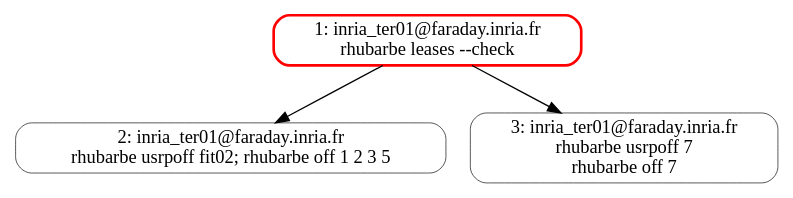
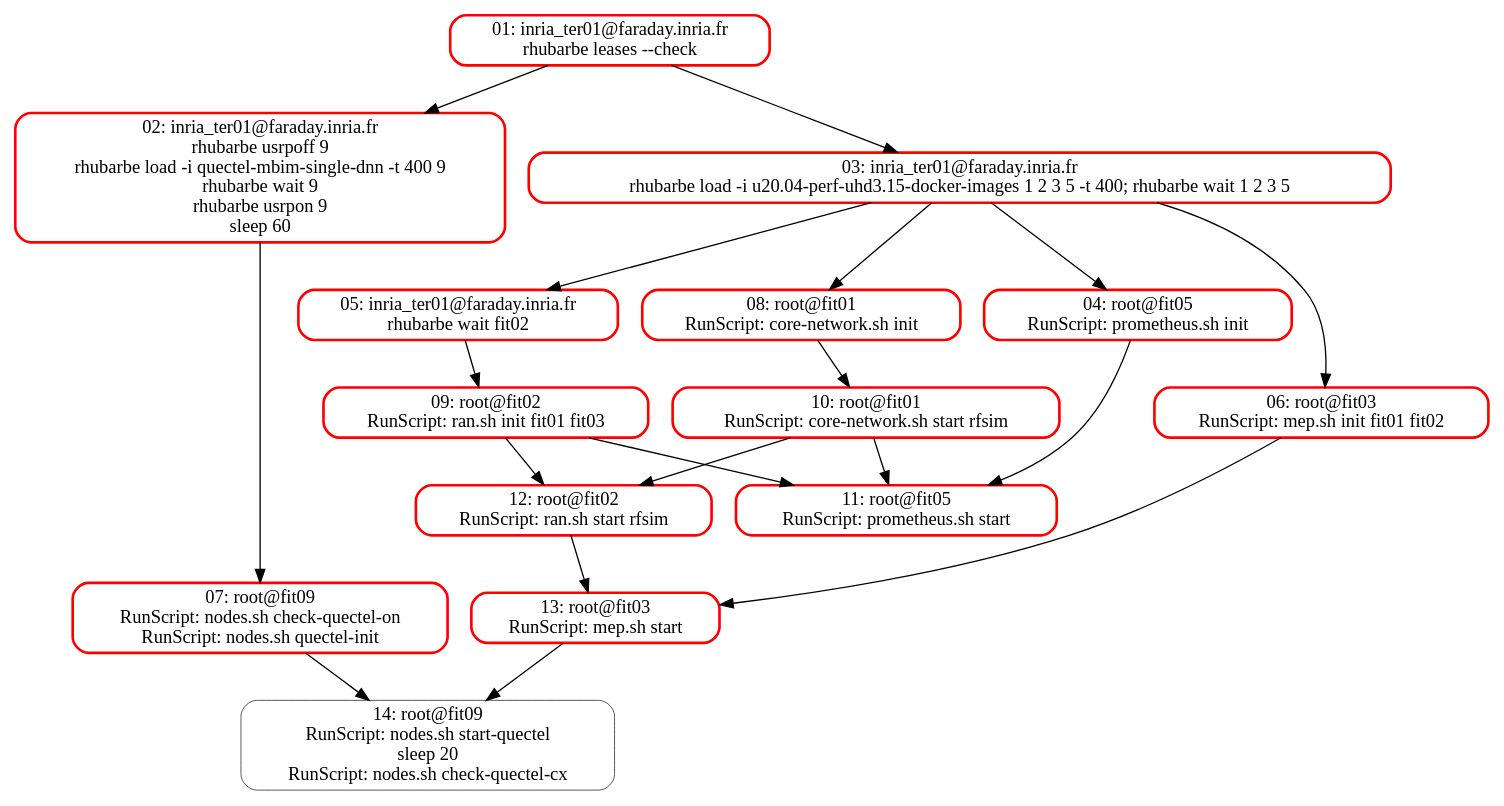
Before and after one commit to yassir63/oai5g-mep: the diagram in demo-mep-graph.dot, drawn with Graphviz. The commit also changed 3 other files, not shown here.

```diff
--- a/demo-mep-graph.dot
+++ b/demo-mep-graph.dot
@@ -1,13 +1,57 @@
 digraph asynciojobs{
 compound=true;
 graph [];
-1 [style="rounded",label="1: inria_ter01@faraday.inria.fr
+01 [style="rounded",label="01: inria_ter01@faraday.inria.fr
 rhubarbe leases --check",shape="box",color="red",penwidth="2"]
-2 [style="rounded",label="2: inria_ter01@faraday.inria.fr
-rhubarbe usrpoff fit02; rhubarbe off 1 2 3 5",shape="box",penwidth="0.5"]
-1 -> 2;
-3 [style="rounded",label="3: inria_ter01@faraday.inria.fr
-rhubarbe usrpoff 7
-rhubarbe off 7",shape="box",penwidth="0.5"]
-1 -> 3;
+02 [style="rounded",label="02: inria_ter01@faraday.inria.fr
+rhubarbe usrpoff 9
+rhubarbe load -i quectel-mbim-single-dnn -t 400 9
+rhubarbe wait 9
+rhubarbe usrpon 9
+sleep 60",shape="box",color="red",penwidth="2"]
+01 -> 02;
+03 [style="rounded",label="03: inria_ter01@faraday.inria.fr
+rhubarbe load -i u20.04-perf-uhd3.15-docker-images 1 2 3 5 -t 400; rhubarbe wait 1 2 3 5",shape="box",color="red",penwidth="2"]
+01 -> 03;
+04 [style="rounded",label="04: root@fit05
+RunScript: prometheus.sh init",shape="box",color="red",penwidth="2"]
+03 -> 04;
+05 [style="rounded",label="05: inria_ter01@faraday.inria.fr
+rhubarbe wait fit02",shape="box",color="red",penwidth="2"]
+03 -> 05;
+06 [style="rounded",label="06: root@fit03
+RunScript: mep.sh init fit01 fit02",shape="box",color="red",penwidth="2"]
+03 -> 06;
+07 [style="rounded",label="07: root@fit09
+RunScript: nodes.sh check-quectel-on
+RunScript: nodes.sh quectel-init",shape="box",color="red",penwidth="2"]
+02 -> 07;
+08 [style="rounded",label="08: root@fit01
+RunScript: core-network.sh init",shape="box",color="red",penwidth="2"]
+03 -> 08;
+09 [style="rounded",label="09: root@fit02
+RunScript: ran.sh init fit01 fit03",shape="box",color="red",penwidth="2"]
+05 -> 09;
+10 [style="rounded",label="10: root@fit01
+RunScript: core-network.sh start rfsim",shape="box",color="red",penwidth="2"]
+08 -> 10;
+11 [style="rounded",label="11: root@fit05
+RunScript: prometheus.sh start",shape="box",color="red",penwidth="2"]
+04 -> 11;
+10 -> 11;
+09 -> 11;
+12 [style="rounded",label="12: root@fit02
+RunScript: ran.sh start rfsim",shape="box",color="red",penwidth="2"]
+10 -> 12;
+09 -> 12;
+13 [style="rounded",label="13: root@fit03
+RunScript: mep.sh start",shape="box",color="red",penwidth="2"]
+06 -> 13;
+12 -> 13;
+14 [style="rounded",label="14: root@fit09
+RunScript: nodes.sh start-quectel
+sleep 20
+RunScript: nodes.sh check-quectel-cx",shape="box",penwidth="0.5"]
+07 -> 14;
+13 -> 14;
 }
```
